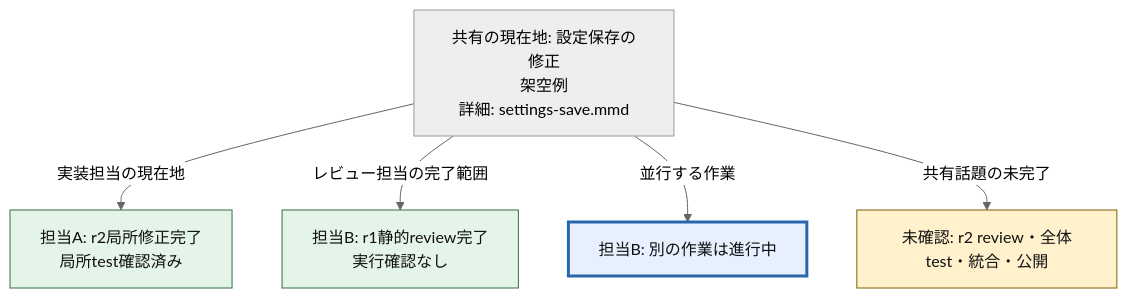
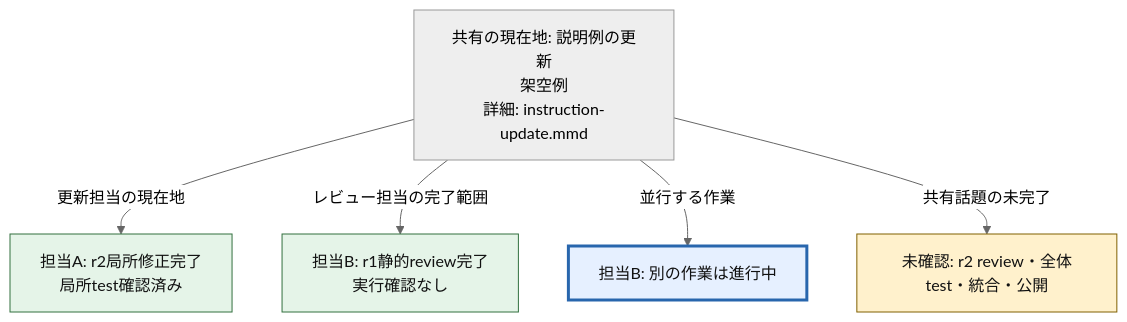
One commit to natumekazuki/.codex changed the diagram in skills/session-graph/assets/index.mmd. Above: the diagram before and after it, drawn with Mermaid (neutral theme). The commit also changed 9 other files, not shown here.

Commit message:
fix(session-graph): サンプルを汎用的な資料整理と説明更新へ置換

```diff
--- a/skills/session-graph/assets/index.mmd
+++ b/skills/session-graph/assets/index.mmd
@@ -1,15 +1,15 @@
 flowchart TB
     %% 架空の説明例。Character・役割・状態・参照先は実作業の事実ではない。
-    NOW["共有の現在地: 設定保存の修正<br/>架空例<br/>詳細: settings-save.mmd"]
+    NOW["共有の現在地: 説明例の更新<br/>架空例<br/>詳細: instruction-update.mmd"]
     ACTOR_A["担当A: r2局所修正完了<br/>局所test確認済み"]:::done
     ACTOR_B["担当B: r1静的review完了<br/>実行確認なし"]:::done
     ACTOR_B_OTHER["担当B: 別の作業は進行中"]:::active
     ACCEPT["未確認: r2 review・全体test・統合・公開"]:::pending
-    NOW -->|実装担当の現在地| ACTOR_A
+    NOW -->|更新担当の現在地| ACTOR_A
     NOW -->|レビュー担当の完了範囲| ACTOR_B
     NOW -->|並行する作業| ACTOR_B_OTHER
     NOW -->|共有話題の未完了| ACCEPT
-    click NOW "settings-save.mmd" "主体・対象範囲・根拠の詳細"
+    click NOW "instruction-update.mmd" "主体・対象範囲・根拠の詳細"
     classDef active fill:#e6f0ff,stroke:#2866ad,color:#111,stroke-width:3px
     classDef pending fill:#fff1cc,stroke:#806000,color:#111
     classDef done fill:#e5f4e8,stroke:#32703f,color:#111
```
